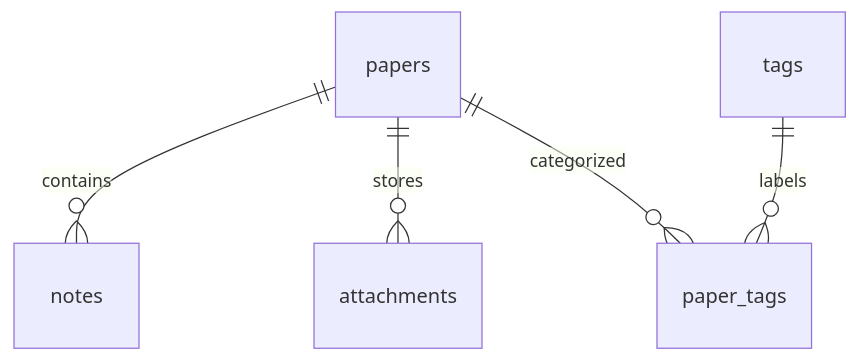
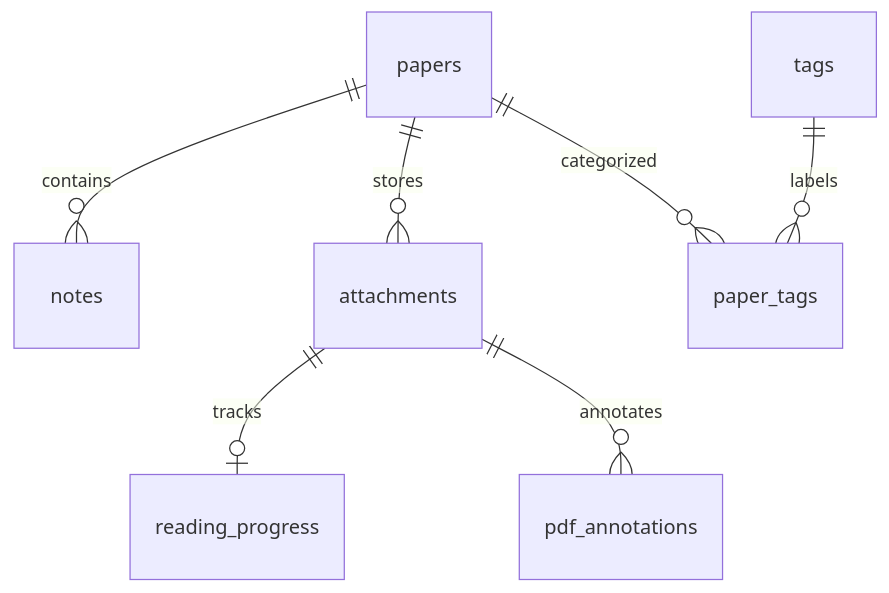
Before and after one commit to mu-yun-ling/PaperFlow: the second of 2 diagrams in docs/design.md, drawn with Mermaid. The commit also changed other lines of this file and 9 other files, not shown here.

````diff
--- a/docs/design.md
+++ b/docs/design.md
@@ -34,7 +46,9 @@
 ```mermaid
 erDiagram
     papers ||--o{ notes : contains
     papers ||--o{ attachments : stores
     papers ||--o{ paper_tags : categorized
     tags ||--o{ paper_tags : labels
+    attachments ||--o| reading_progress : tracks
+    attachments ||--o{ pdf_annotations : annotates
 ```
````
